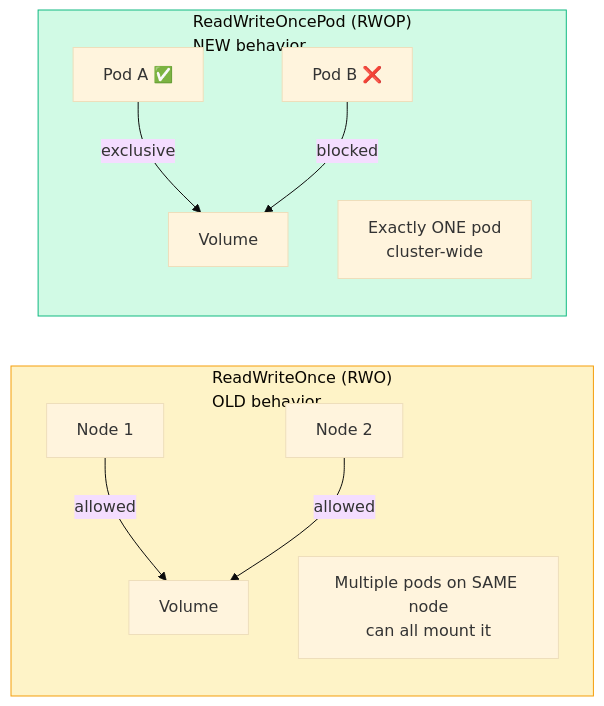
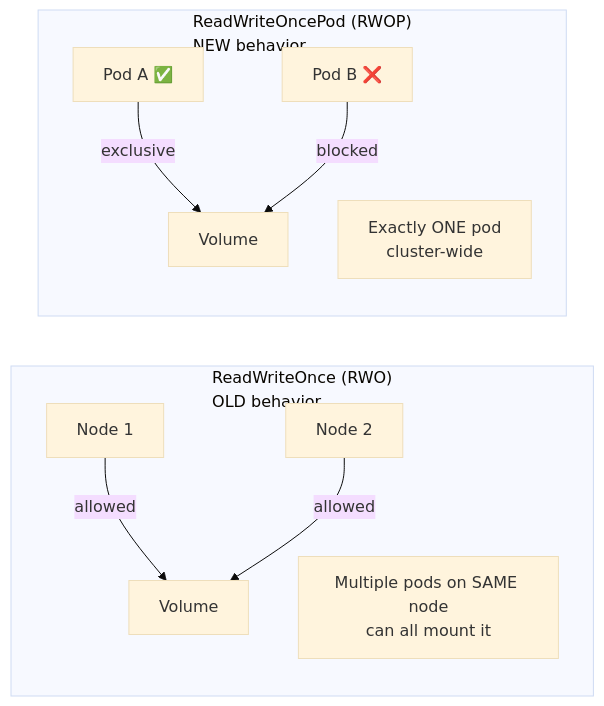
The fifth of 5 diagrams in content/cka/07-storage-pv-pvc-storageclass-volumes/overview/overview.md (Gautam4424/k8slearn-content), drawn with Mermaid (base theme) before and after one commit. The commit also changed other lines of this file and 40 other files, not shown here.

Commit message:
chore: fix mermaid style regex

````diff
--- a/content/cka/07-storage-pv-pvc-storageclass-volumes/overview/overview.md
+++ b/content/cka/07-storage-pv-pvc-storageclass-volumes/overview/overview.md
@@ -445,14 +438,12 @@
 ```mermaid
 flowchart LR
     subgraph RWO["ReadWriteOnce (RWO)\nOLD behavior"]
         N1["Node 1"] & N2["Node 2"] -->|allowed| V1["Volume"]
         note1["Multiple pods on SAME node\ncan all mount it"]
     end
     subgraph RWOP["ReadWriteOncePod (RWOP)\nNEW behavior"]
         P1["Pod A ✅"] -->|exclusive| V2["Volume"]
         P2["Pod B ❌"] -->|blocked| V2
         note2["Exactly ONE pod\ncluster-wide"]
     end
-    style RWOP fill:#d1fae5,stroke:#10b981
-    style RWO fill:#fef3c7,stroke:#f59e0b
 ```
````
